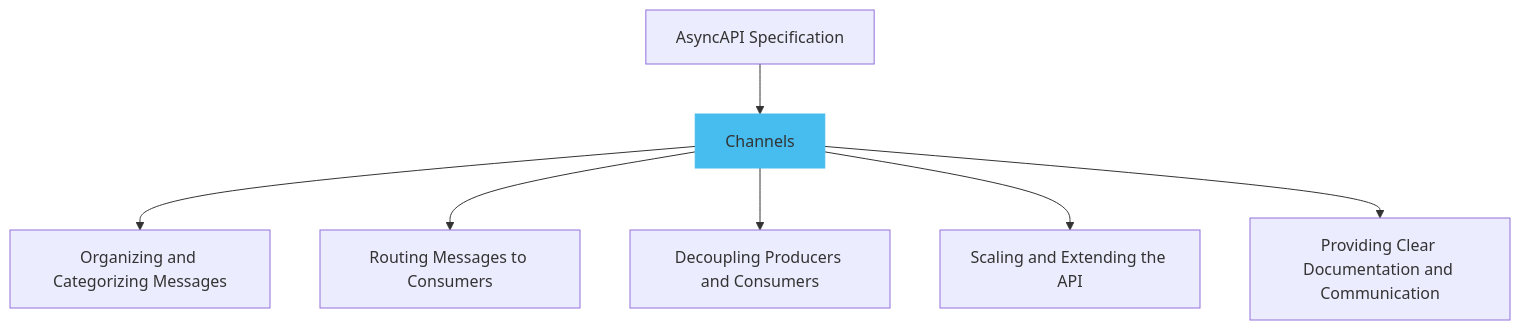
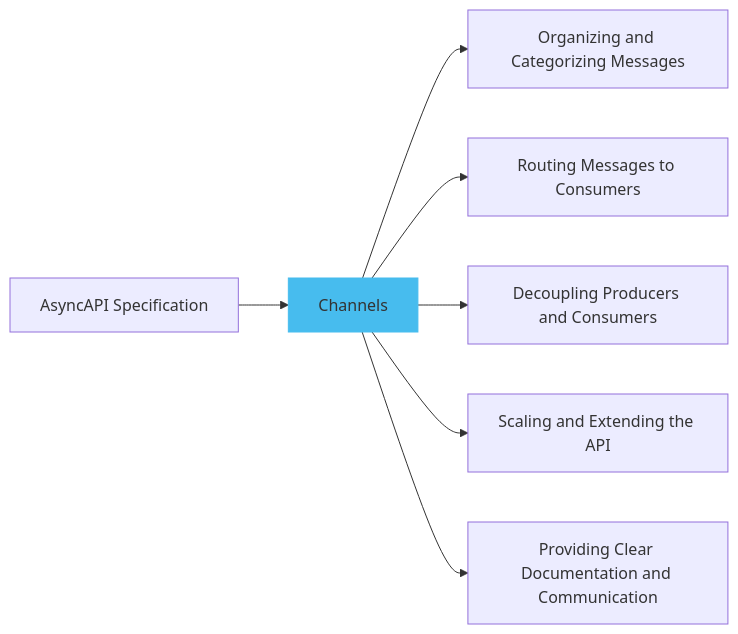
One commit to asyncapi/website changed the first of 4 diagrams in pages/docs/concepts/asyncapi-document/adding-channels.md. Above: the diagram before and after it, drawn with Mermaid. The commit also changed other lines of this file and 1 other file, not shown here.

Commit message:
update weight

````diff
--- a/pages/docs/concepts/asyncapi-document/adding-channels.md
+++ b/pages/docs/concepts/asyncapi-document/adding-channels.md
@@ -8,20 +8,20 @@
 ```mermaid
-graph TD
+graph LR
   A[AsyncAPI Specification]
   B[Channels]
   C[Organizing and Categorizing Messages]
   D[Routing Messages to Consumers]
   E[Decoupling Producers and Consumers]
   F[Scaling and Extending the API]
   G[Providing Clear Documentation and Communication]
 
   style B fill:#47BCEE,stroke:#47BCEE;
   
   A --> B
   B --> C
   B --> D
   B --> E
   B --> F
   B --> G
 
 ```
````
